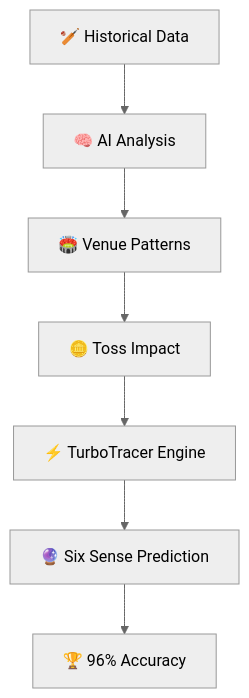
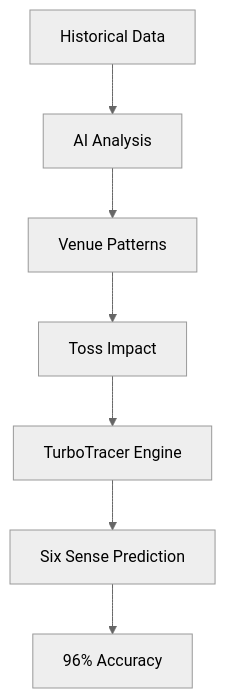
One commit to MudasirNaeem1/MachineLearning-Six-Sense-Cricket-PredictionSSCP changed the diagram in README.md. Above: the diagram before and after it, drawn with Mermaid (neutral theme). The commit also changed other lines of this file, not shown here.

````diff
--- a/README.md
+++ b/README.md
@@ -196,9 +196,9 @@
 ```mermaid
 graph TD
-    A[🏏 Historical Data] --> B[🧠 AI Analysis]
-    B --> C[🏟️ Venue Patterns]
-    C --> D[🪙 Toss Impact]
-    D --> E[⚡ TurboTracer Engine]
-    E --> F[🔮 Six Sense Prediction]
-    F --> G[🏆 96% Accuracy]
+    A[ Historical Data] --> B[ AI Analysis]
+    B --> C[ Venue Patterns]
+    C --> D[ Toss Impact]
+    D --> E[ TurboTracer Engine]
+    E --> F[ Six Sense Prediction]
+    F --> G[ 96% Accuracy]
 ```
````
